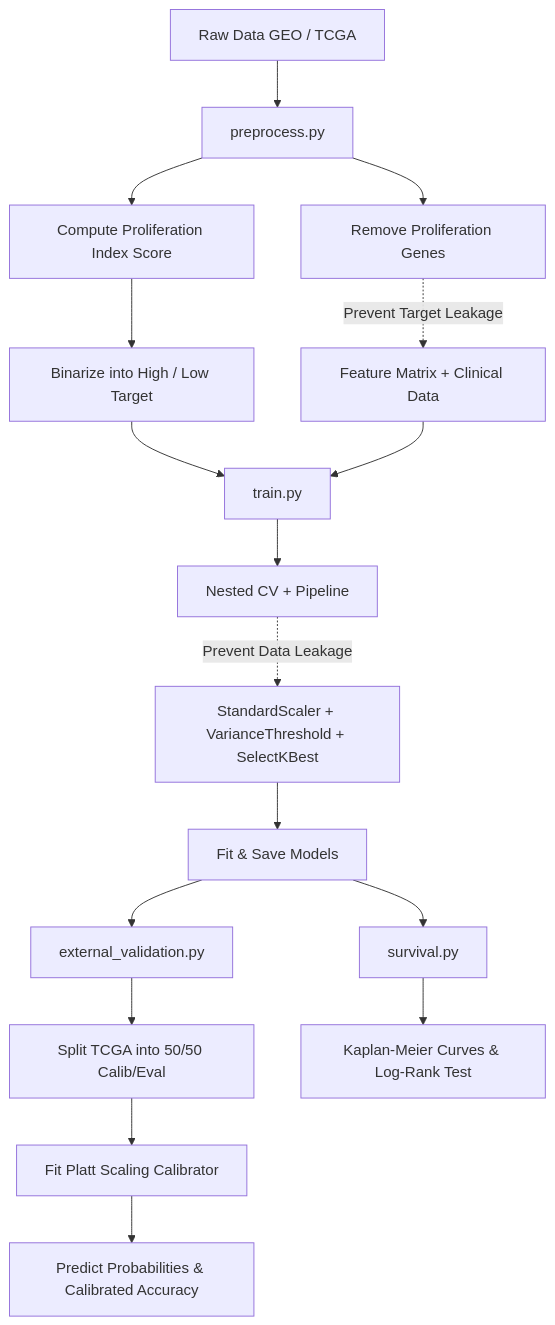
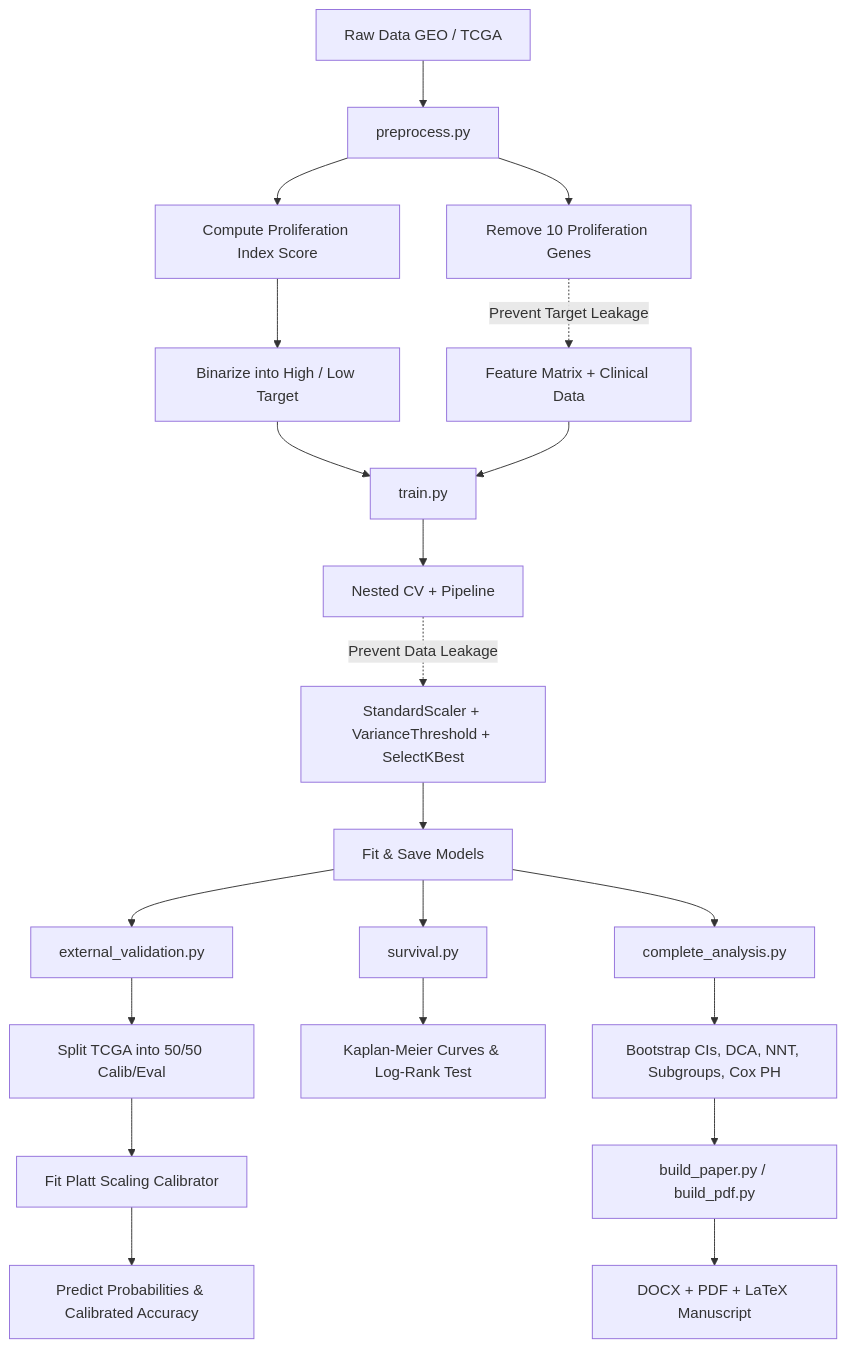
The diagram in README.md (Ronisnotasianfr/ColoGrowth-ML), drawn with Mermaid before and after one commit. The commit also changed other lines of this file and 20 other files, not shown here.

First line of the commit message:
feat: leakage-free pipeline complete with peer-review manuscript

````diff
--- a/README.md
+++ b/README.md
@@ -26,18 +26,22 @@
 ```mermaid
 graph TD
     A[Raw Data GEO / TCGA] --> B[preprocess.py]
     B --> C[Compute Proliferation Index Score]
     C --> D[Binarize into High / Low Target]
-    B --> E[Remove Proliferation Genes]
+    B --> E[Remove 10 Proliferation Genes]
     E -.-> |Prevent Target Leakage| F[Feature Matrix + Clinical Data]
     D & F --> G[train.py]
     G --> H[Nested CV + Pipeline]
     H -.-> |Prevent Data Leakage| I[StandardScaler + VarianceThreshold + SelectKBest]
     I --> J[Fit & Save Models]
     J --> K[external_validation.py]
     K --> L[Split TCGA into 50/50 Calib/Eval]
     L --> M[Fit Platt Scaling Calibrator]
     M --> N[Predict Probabilities & Calibrated Accuracy]
     J --> O[survival.py]
     O --> P[Kaplan-Meier Curves & Log-Rank Test]
+    J --> Q[complete_analysis.py]
+    Q --> R[Bootstrap CIs, DCA, NNT, Subgroups, Cox PH]
+    R --> S[build_paper.py / build_pdf.py]
+    S --> T[DOCX + PDF + LaTeX Manuscript]
 ```
````
